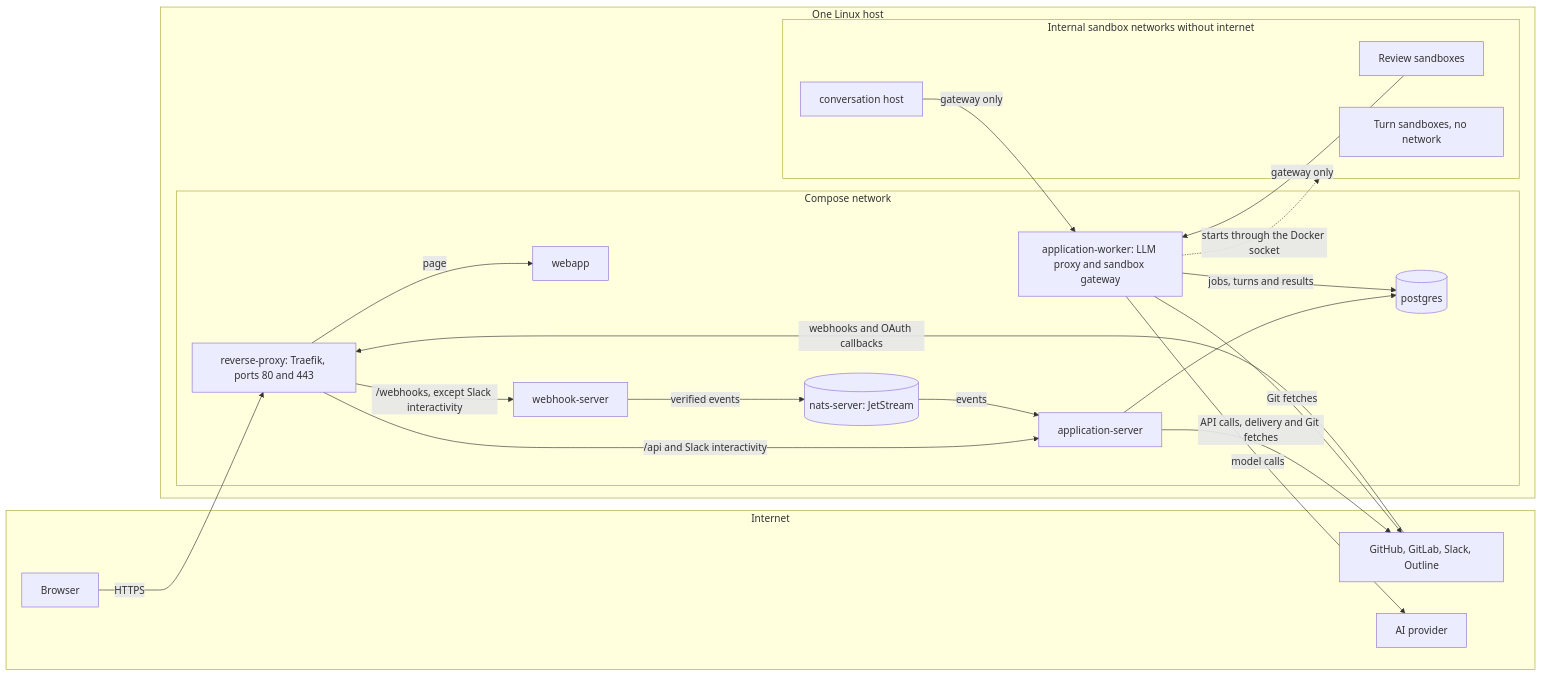
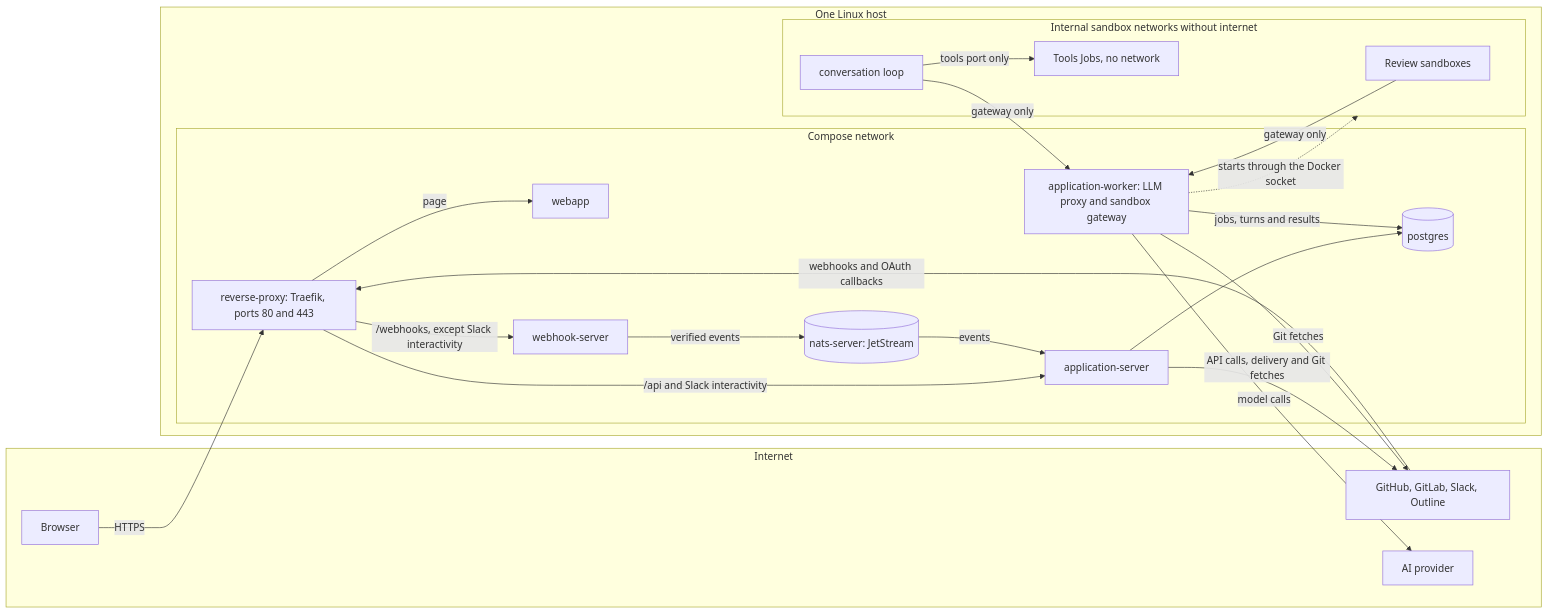
One commit to hephaestus-build/Hephaestus changed the diagram in docs/admin/overview.mdx. Above: the diagram before and after it, drawn with Mermaid. The commit also changed 213 other files, not shown here.

Commit message:
feat(server): run conversation turns in a conversation loop Deployment

````diff
--- a/docs/admin/overview.mdx
+++ b/docs/admin/overview.mdx
@@ -38,44 +38,45 @@
 ```mermaid
 flowchart LR
 accTitle: Self-hosted Hephaestus architecture and network
-accDescr: Browsers and provider webhooks reach the reverse proxy on ports 80 and 443, the only published ports. The proxy routes the page to the webapp, the API and Slack interactivity to the application server, and the other webhooks to the webhook server. The webhook server publishes verified events to NATS, which the application server consumes. The application server and the worker use PostgreSQL. The webhook server has no database. The worker starts sandboxes on internal networks through the Docker socket. Review sandboxes and the conversation host reach only the sandbox gateway of the worker. Turn sandboxes have no network. The server and the worker call the providers, and the worker's LLM proxy calls the AI provider.
+accDescr: Browsers and provider webhooks reach the reverse proxy on ports 80 and 443, the only published ports. The proxy routes the page to the webapp, the API and Slack interactivity to the application server, and the other webhooks to the webhook server. The webhook server publishes verified events to NATS, which the application server consumes. The application server and the worker use PostgreSQL. The webhook server has no database. The worker starts sandboxes on internal networks through the Docker socket. Review sandboxes and the conversation loop reach only the sandbox gateway of the worker. The loop also reaches its tools Jobs, which have no network. The server and the worker call the providers, and the worker's LLM proxy calls the AI provider.
 
   subgraph Internet[Internet]
     Browser[Browser]
     Providers[GitHub, GitLab, Slack, Outline]
     AiProvider[AI provider]
   end
 
   subgraph HostMachine[One Linux host]
     subgraph SharedNetwork[Compose network]
       ReverseProxy[reverse-proxy: Traefik, ports 80 and 443]
       Webapp[webapp]
       Server[application-server]
       WebhookServer[webhook-server]
       Worker[application-worker: LLM proxy and sandbox gateway]
       Nats[(nats-server: JetStream)]
       Postgres[(postgres)]
     end
     subgraph SandboxNetworks[Internal sandbox networks without internet]
       ReviewSandbox[Review sandboxes]
-      HephHost[conversation host]
-      TurnSandbox[Turn sandboxes, no network]
+      ConversationLoop[conversation loop]
+      ToolsJob[Tools Jobs, no network]
     end
   end
 
   Browser -->|HTTPS| ReverseProxy
   Providers -->|webhooks and OAuth callbacks| ReverseProxy
   ReverseProxy -->|page| Webapp
   ReverseProxy -->|/api and Slack interactivity| Server
   ReverseProxy -->|/webhooks, except Slack interactivity| WebhookServer
   WebhookServer -->|verified events| Nats
   Nats -->|events| Server
   Server --> Postgres
   Worker -->|jobs, turns and results| Postgres
   Worker -.->|starts through the Docker socket| SandboxNetworks
   ReviewSandbox -->|gateway only| Worker
-  HephHost -->|gateway only| Worker
+  ConversationLoop -->|gateway only| Worker
+  ConversationLoop -->|tools port only| ToolsJob
   Server -->|API calls, delivery and Git fetches| Providers
   Worker -->|Git fetches| Providers
   Worker -->|model calls| AiProvider
 ```
````
